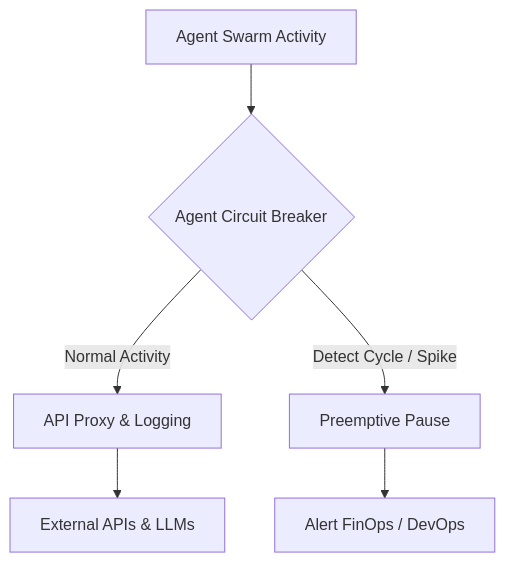
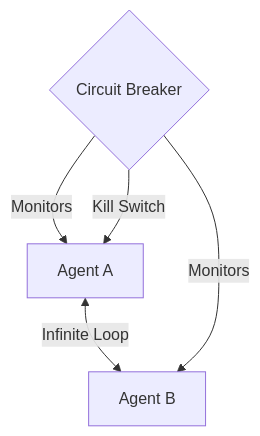
One commit to flouzzy/top-100-ai-startup-ideas changed the first of 2 diagrams in ideas/agent-circuit-breaker/README.md. Above: the diagram before and after it, drawn with Mermaid. The commit also changed other lines of this file and 41 other files, not shown here.

````diff
--- a/ideas/agent-circuit-breaker/README.md
+++ b/ideas/agent-circuit-breaker/README.md
@@ -17,8 +17,8 @@
 ```mermaid
 graph TD
-    A["Agent Swarm Activity"] --> B{"Agent Circuit Breaker"}
-    B -->|Normal Activity| C["API Proxy & Logging"]
-    B -->|Detect Cycle / Spike| D["Preemptive Pause"]
-    D --> E["Alert FinOps / DevOps"]
-    C --> F["External APIs & LLMs"]
+    %% Architecture
+    A["Agent A"] <-->|Infinite Loop| B["Agent B"]
+    C{"Circuit Breaker"} -->|Monitors| A
+    C -->|Monitors| B
+    C -->|Kill Switch| A
 ```
````
